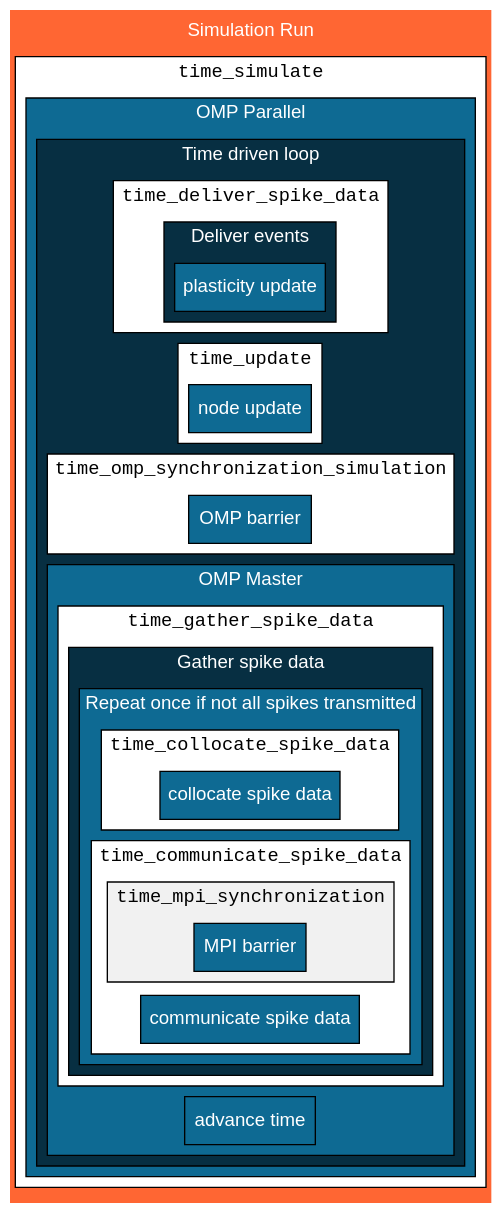
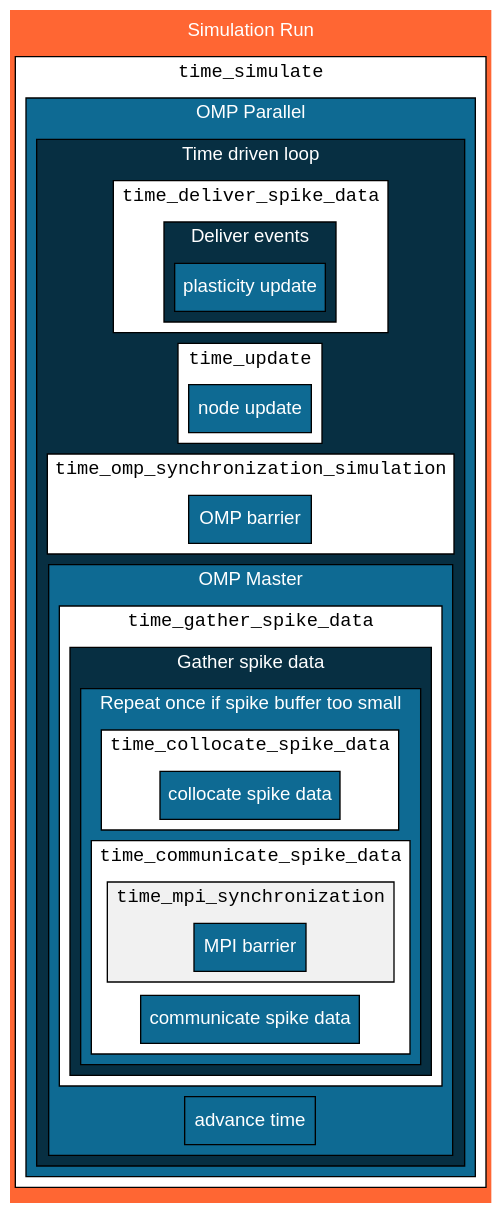
The diagram in doc/htmldoc/simulation_run.dot (nest/nest-simulator), drawn with Graphviz before and after one commit.

Commit message:
graph text

```diff
--- a/doc/htmldoc/simulation_run.dot
+++ b/doc/htmldoc/simulation_run.dot
@@ -1,92 +1,92 @@
  digraph G {
   node [fontname="Helvetica,Arial,sans-serif", shape="box", fontcolor="white", style="filled", fillcolor="#0E6A93"]
   rankdir="LR"
   bgcolor="#ff6633"
   label="Simulation Run"
   labelloc="t"
   fontcolor="white"
   fontname="Helvetica,Arial,sans-serif"
 
 	subgraph cluster_simulate_timer {
 			label="time_simulate"
 			style=filled fontcolor="black" fontname="Courier New, Courier, monospace"
 			fillcolor="white"
       subgraph cluster_OMP_Parallel {
         label="OMP Parallel"
         style=filled
         fillcolor="#0E6A93" fontcolor="white" fontname="Helvetica,Arial,sans-serif"
         subgraph cluster_time_driven_loop {
           label="Time driven loop"
           style=filled
           fillcolor="#072f42"
           subgraph cluster_deliver_spike_data_timer {
             label="time_deliver_spike_data"
             style=filled fontcolor="black" fontname="Courier New, Courier, monospace"
             fillcolor="white"
             subgraph cluster_deliver_events {
               label="Deliver events"
               style=filled fontcolor="white" fontname="Helvetica,Arial,sans-serif"
               fillcolor="#072f42"
               "plasticity update"
             }
           }
           subgraph cluster_update_timer {
             label="time_update"
             style=filled fontcolor="black" fontname="Courier New, Courier, monospace"
             fillcolor="white"
             "node update"
           }
             subgraph cluster_omp_synchronization_timer {
             label="time_omp_synchronization_simulation"
             style=filled fontcolor="black" fontname="Courier New, Courier, monospace"
             fillcolor="white"
             "OMP barrier"
             }
           subgraph cluster_omp_master {
               label="OMP Master"
             style=filled fontcolor="white"
             fillcolor="#0E6A93"
             "advance time"
 
           subgraph cluster_gather_spike_data_timer{
                       label= "time_gather_spike_data"
                       style=filled fontcolor="black" fontname="Courier New, Courier, monospace"
                       fillcolor="white"
                       subgraph cluster_gather_spike_Data{
                          label="Gather spike data"
                          style=filled fontcolor="white" fontname="Helvetica, Arial, sans-serif"
                          fillcolor="#072f42"
                          subgraph cluster_repeat_once {
-                             label="Repeat once if not all spikes transmitted"
+                             label="Repeat once if spike buffer too small"
                              style=filled fontcolor="white"
                              fillcolor="#0E6A93"
 
 
             subgraph cluster_collocate_spike_data_timer {
                   label="time_collocate_spike_data"
                   style=filled fontcolor="black" fontname="Courier New, Courier, monospace"
                   fillcolor="white"
                   "collocate spike data"
               }
 
             subgraph cluster_communicate_spike_data_timer {
                 label= "time_communicate_spike_data"
                 style=filled fontcolor="black" fontname="Courier New, Courier, monospace"
                 fillcolor="white"
                 "communicate spike data"
                 subgraph cluster_mpi_sync_timer {
                     label= "time_mpi_synchronization"
                     style=filled fontcolor="black" fontname="Courier New, Courier, monospace"
                     fillcolor="#f1f1f1"
                     "MPI barrier"
 
                 }
                 }
                }
               }
             }
           }
        }
    	}
   }
  }
```
